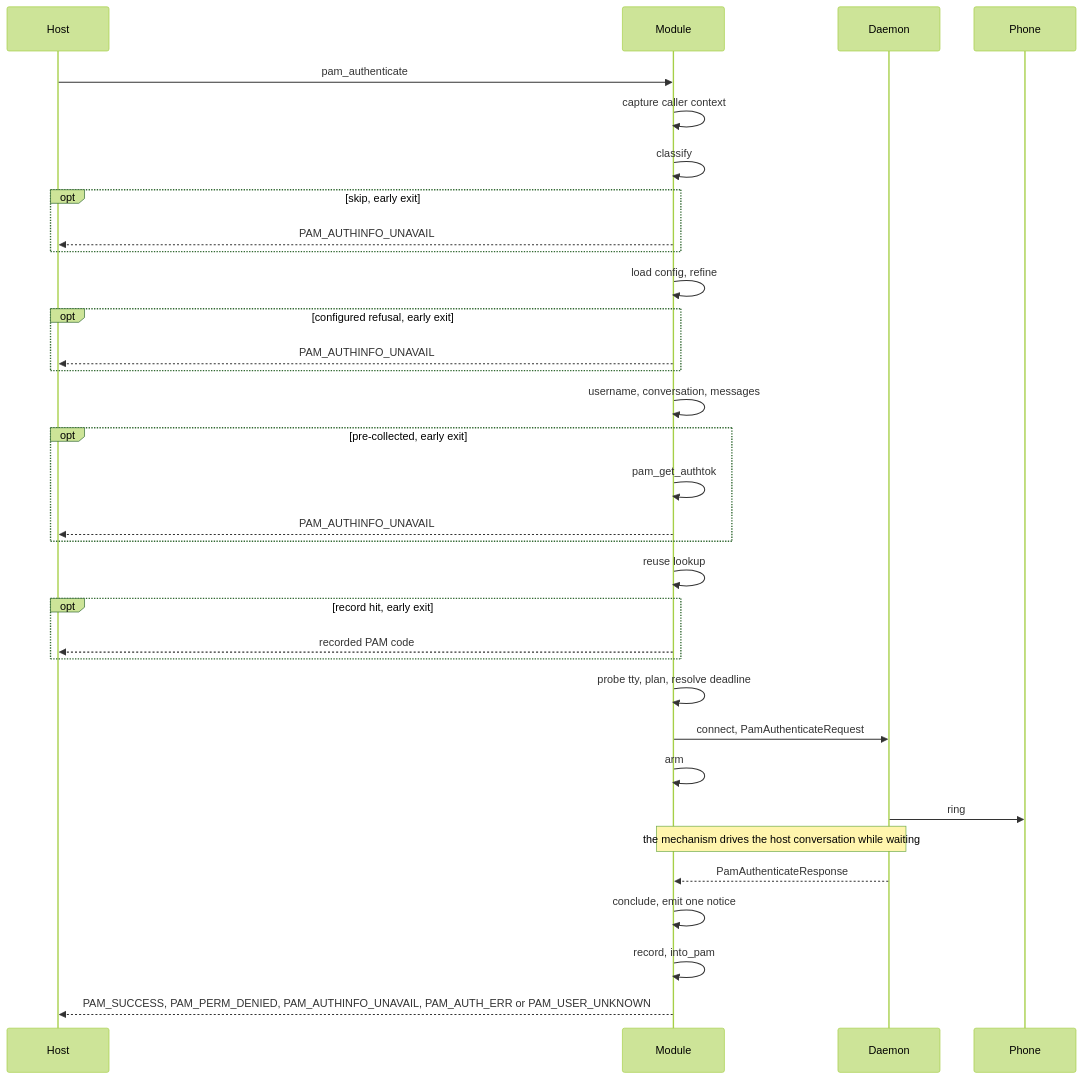
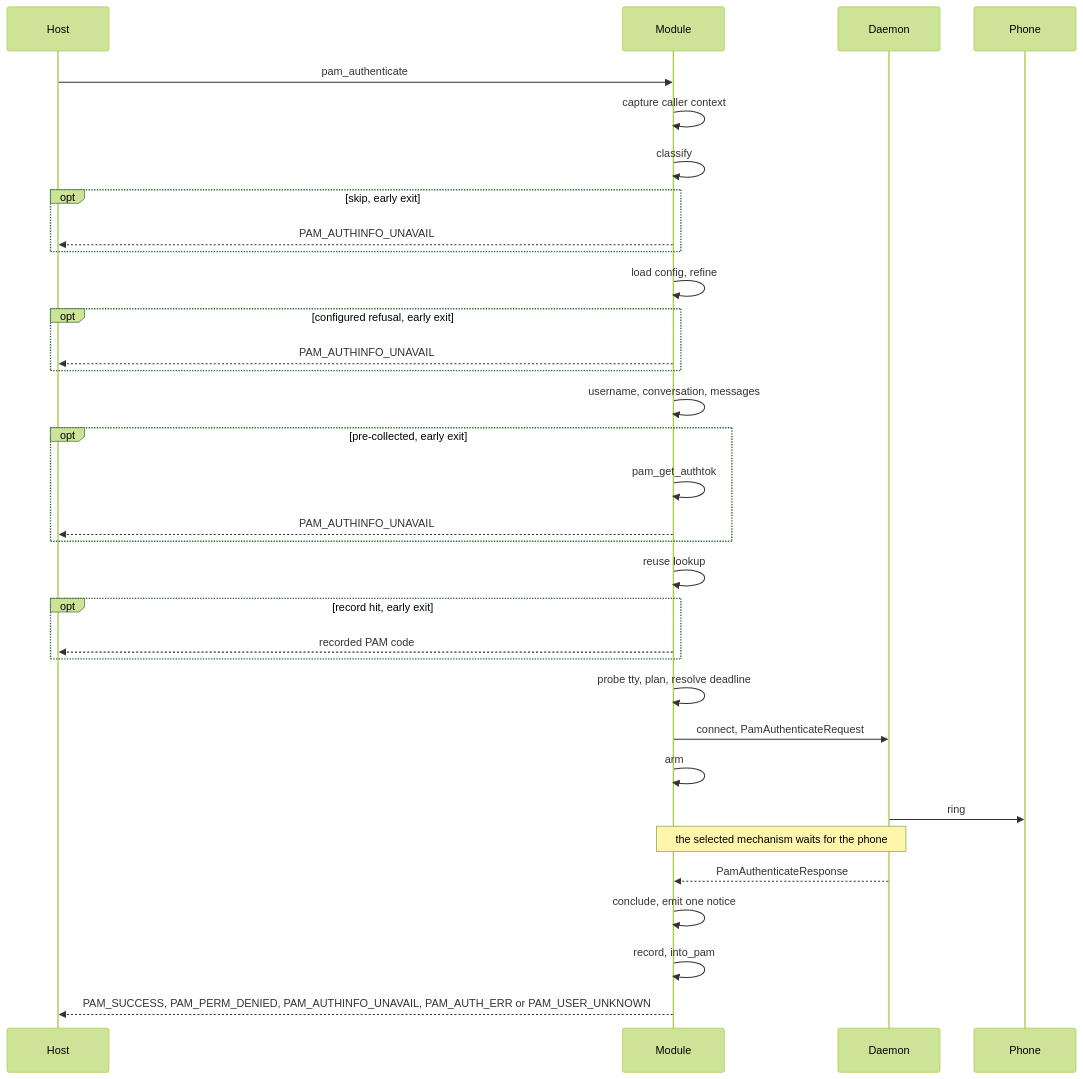
Before and after one commit to Lolle2000la/tapauth: the second of 8 diagrams in docs/design-documents/pam-conversation-policy.md, drawn with Mermaid (forest theme). The commit also changed other lines of this file, not shown here.

Commit message:
docs: make the add-a-host enforcement claims exact

````diff
--- a/docs/design-documents/pam-conversation-policy.md
+++ b/docs/design-documents/pam-conversation-policy.md
@@ -93,36 +93,36 @@
 ```mermaid
 sequenceDiagram
     participant Host
     participant Module
     participant Daemon
     participant Phone
 
     Host->>Module: pam_authenticate
     Module->>Module: capture caller context
     Module->>Module: classify
     opt skip, early exit
         Module-->>Host: PAM_AUTHINFO_UNAVAIL
     end
     Module->>Module: load config, refine
     opt configured refusal, early exit
         Module-->>Host: PAM_AUTHINFO_UNAVAIL
     end
     Module->>Module: username, conversation, messages
     opt pre-collected, early exit
         Module->>Module: pam_get_authtok
         Module-->>Host: PAM_AUTHINFO_UNAVAIL
     end
     Module->>Module: reuse lookup
     opt record hit, early exit
         Module-->>Host: recorded PAM code
     end
     Module->>Module: probe tty, plan, resolve deadline
     Module->>Daemon: connect, PamAuthenticateRequest
     Module->>Module: arm
     Daemon->>Phone: ring
-    Note over Module,Daemon: the mechanism drives the host conversation while waiting
+    Note over Module,Daemon: the selected mechanism waits for the phone
     Daemon-->>Module: PamAuthenticateResponse
     Module->>Module: conclude, emit one notice
     Module->>Module: record, into_pam
     Module-->>Host: PAM_SUCCESS, PAM_PERM_DENIED, PAM_AUTHINFO_UNAVAIL, PAM_AUTH_ERR or PAM_USER_UNKNOWN
 ```
````
